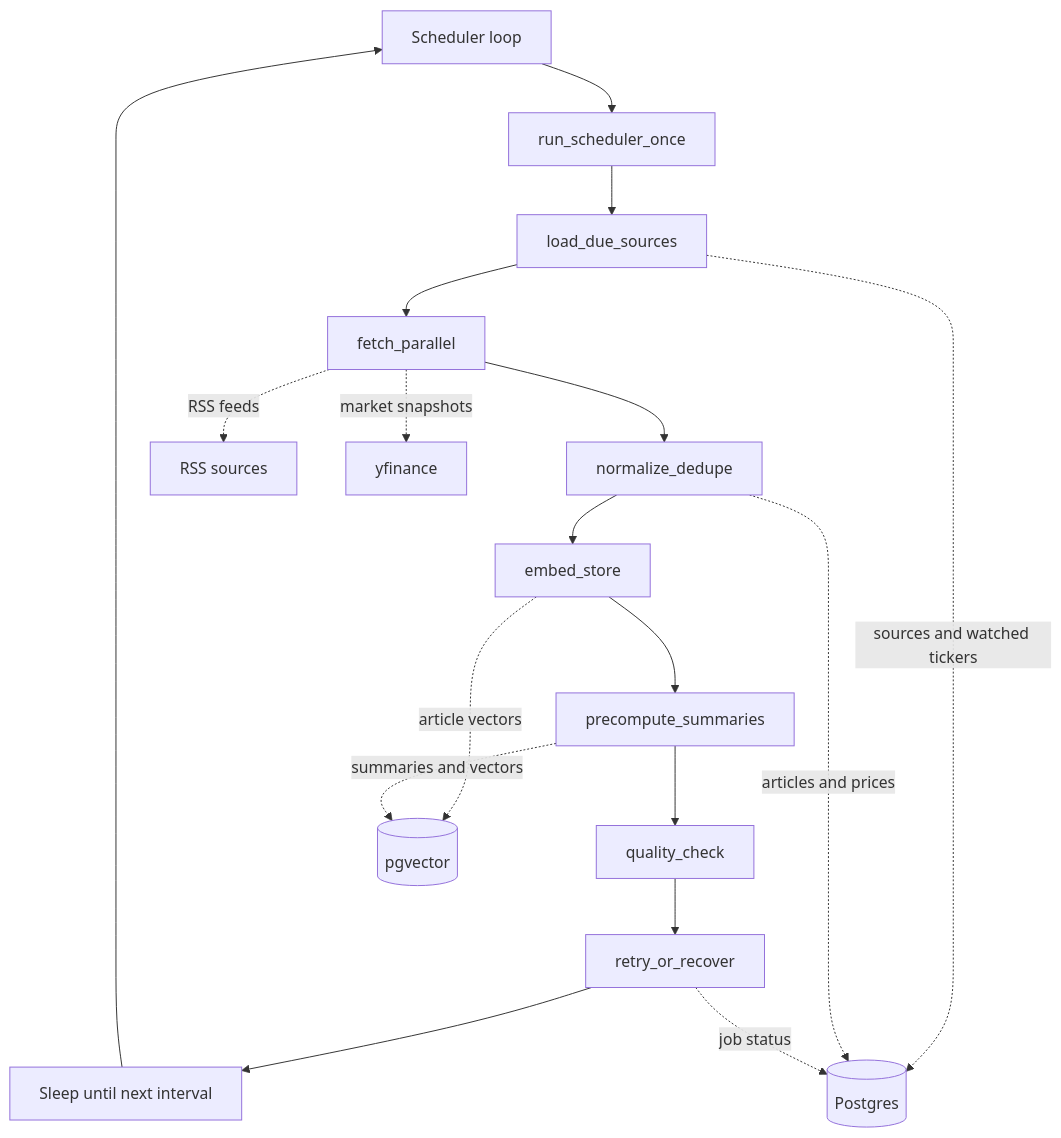
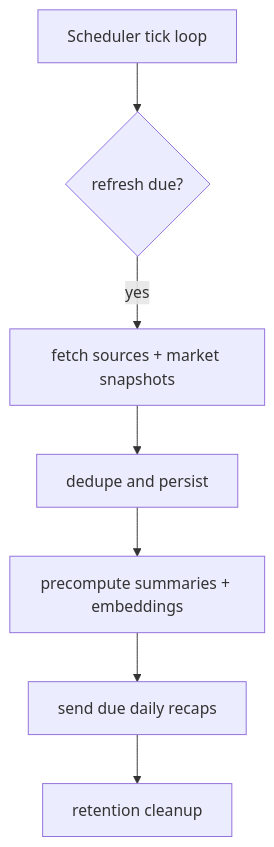
One commit to whr129/Hello-Stock changed the second of 2 diagrams in README.md. Above: the diagram before and after it, drawn with Mermaid. The commit also changed other lines of this file and 37 other files, not shown here.

Commit message:
feat: refactor bot architecture and scheduler workflows

````diff
--- a/README.md
+++ b/README.md
@@ -53,21 +45,9 @@
 ```mermaid
 flowchart TD
-    loop[Scheduler loop] --> invoke[run_scheduler_once]
-    invoke --> load[load_due_sources]
-    load --> fetch[fetch_parallel]
-    fetch --> normalize[normalize_dedupe]
-    normalize --> embed[embed_store]
-    embed --> summaries[precompute_summaries]
-    summaries --> quality[quality_check]
-    quality --> recover[retry_or_recover]
-    recover --> sleep[Sleep until next interval]
-    sleep --> loop
-
-    load -. sources and watched tickers .-> postgres[(Postgres)]
-    fetch -. RSS feeds .-> rss[RSS sources]
-    fetch -. market snapshots .-> market[yfinance]
-    normalize -. articles and prices .-> postgres
-    embed -. article vectors .-> pgvector[(pgvector)]
-    summaries -. summaries and vectors .-> pgvector
-    recover -. job status .-> postgres
+    tick[Scheduler tick loop] --> refresh{refresh due?}
+    refresh -->|yes| fetch[fetch sources + market snapshots]
+    fetch --> store[dedupe and persist]
+    store --> summarize[precompute summaries + embeddings]
+    summarize --> recap[send due daily recaps]
+    recap --> cleanup[retention cleanup]
 ```
````
